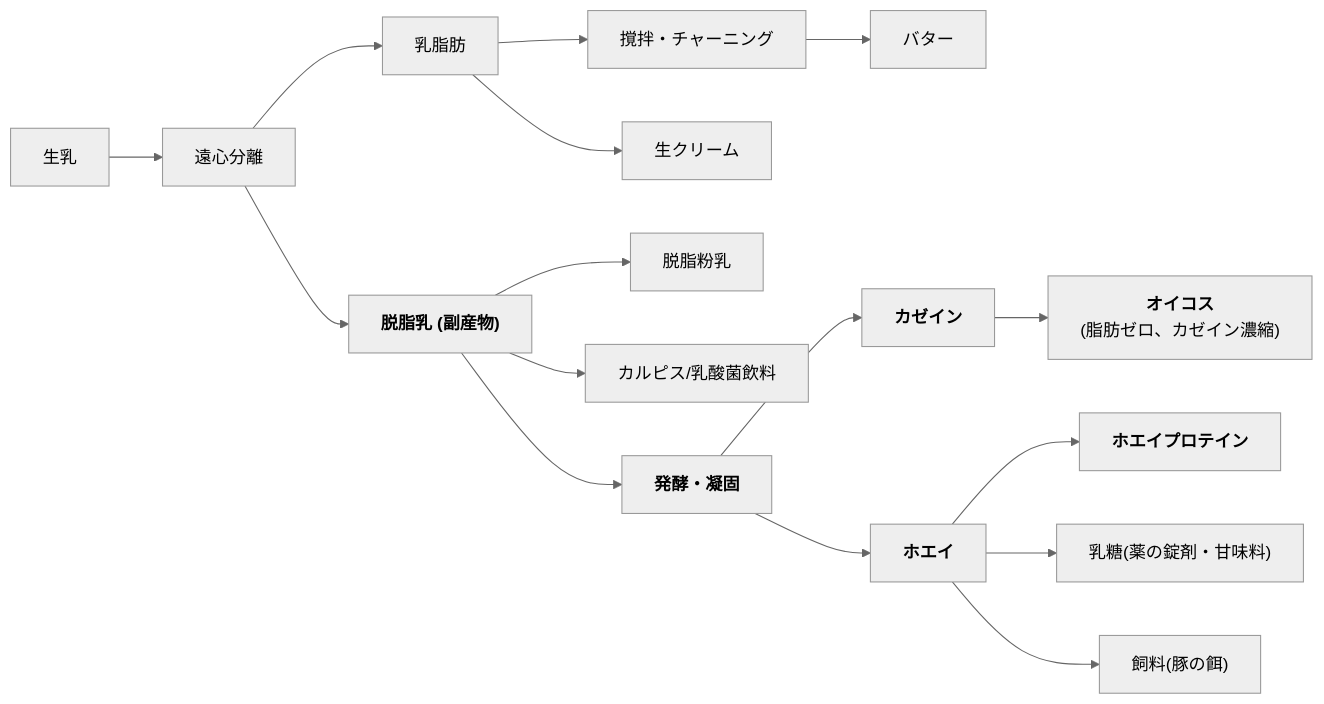
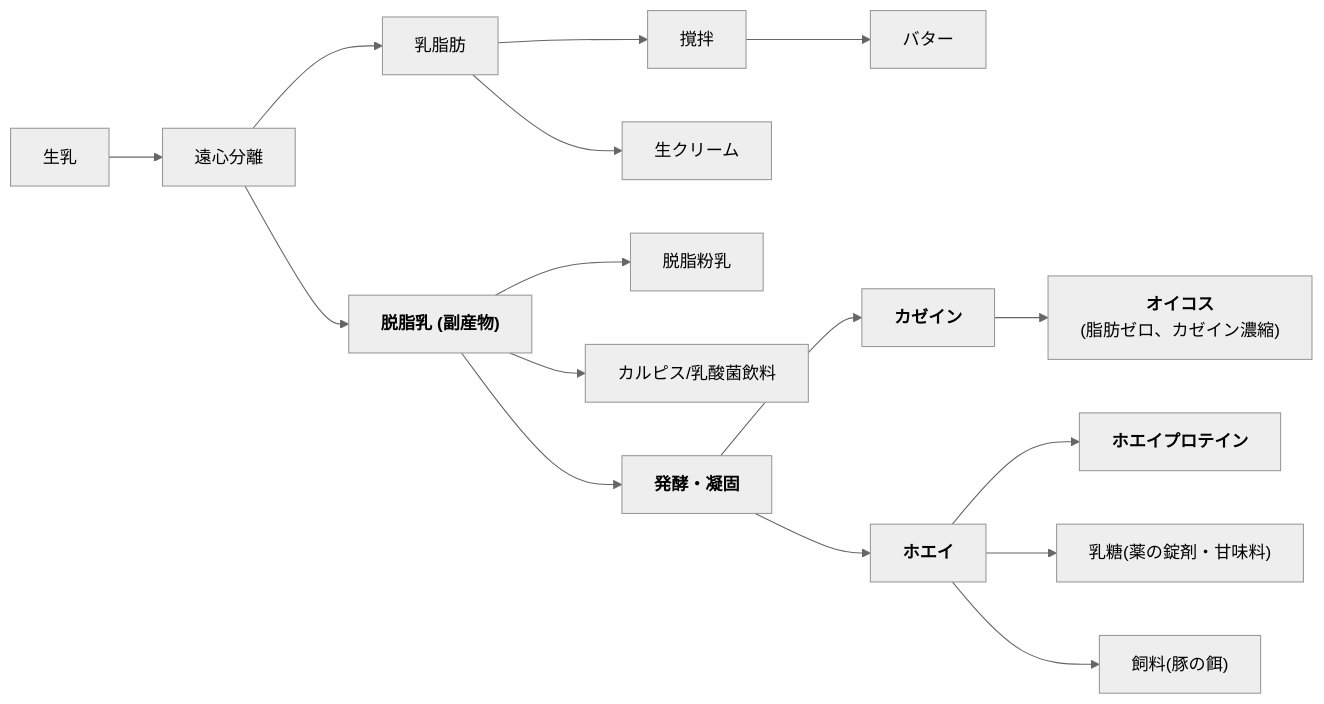
One commit to ussyi-git/- changed the first of 2 diagrams in README.md. Above: the diagram before and after it, drawn with Mermaid (neutral theme).

````diff
--- a/README.md
+++ b/README.md
@@ -1,24 +1,24 @@
 ```mermaid
 graph LR
 Milk["生乳"]-->Separator["遠心分離"]
 %% --- クリーム側の流れ ---
 Separator-->Cream["乳脂肪"]
-Cream-->ButterProcess["撹拌・チャーニング"]
+Cream-->ButterProcess["撹拌"]
   Cream-->creamyProcess["生クリーム"]
 ButterProcess-->Butter["バター"]
 %% --- 脱脂乳側の流れ ---
 Separator-->SkimMilk["<b>脱脂乳 (副産物)</b>"]
 %% そのまま加工
 SkimMilk-->Powder["脱脂粉乳"]
 SkimMilk-->Calpis["カルピス/乳酸菌飲料"]
 %% 発酵プロセスへ
 SkimMilk-->Ferment["<b>発酵・凝固</b>"]
 %% 固形分（カゼイン）の行方
 Ferment-->Curd["<b>カゼイン</b>"]
 Curd-->Oikos["<b>オイコス</b><br>(脂肪ゼロ、カゼイン濃縮)"]
 %% 液体（ホエイ）の行方
 Ferment-->Whey["<b>ホエイ</b>"]
 Whey-->WPC_WPI["<b>ホエイプロテイン</b>"]
 Whey-->Lactose["乳糖(薬の錠剤・甘味料)"]
 Whey-->Cooking["飼料(豚の餌)"]
 ```
````
